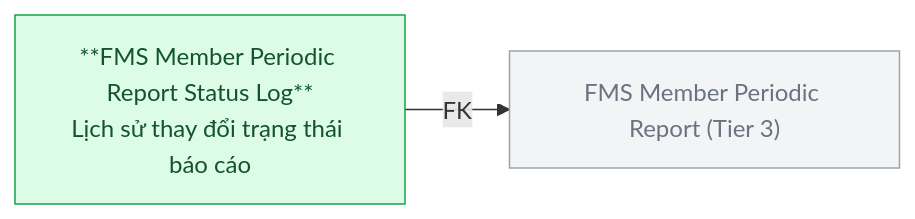
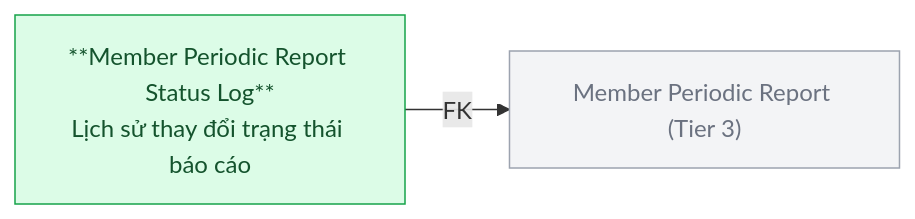
Before and after one commit to linhlvit/ubck_atomic_design: the fourth of 7 diagrams in Silver/hld/FMS_HLD_Tier4.md, drawn with Mermaid. The commit also changed other lines of this file and 32 other files, not shown here.

````diff
--- a/Silver/hld/FMS_HLD_Tier4.md
+++ b/Silver/hld/FMS_HLD_Tier4.md
@@ -81,10 +81,10 @@
 ```mermaid
 graph LR
     classDef silver fill:#dcfce7,stroke:#16a34a,color:#14532d
     classDef refnode fill:#f3f4f6,stroke:#9ca3af,color:#6b7280
 
-    RPT["FMS Member Periodic Report (Tier 3)"]:::refnode
-    LOG["**FMS Member Periodic Report Status Log**\nLịch sử thay đổi trạng thái báo cáo"]:::silver
+    RPT["Member Periodic Report (Tier 3)"]:::refnode
+    LOG["**Member Periodic Report Status Log**\nLịch sử thay đổi trạng thái báo cáo"]:::silver
 
     LOG -->|FK| RPT
 ```
````
